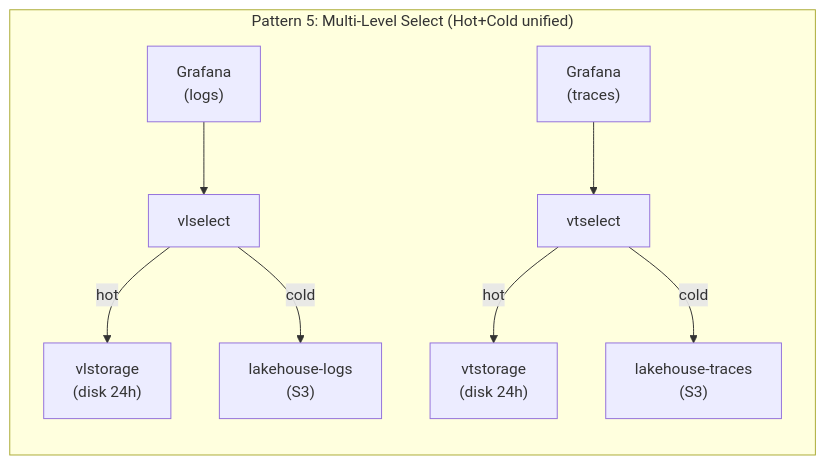
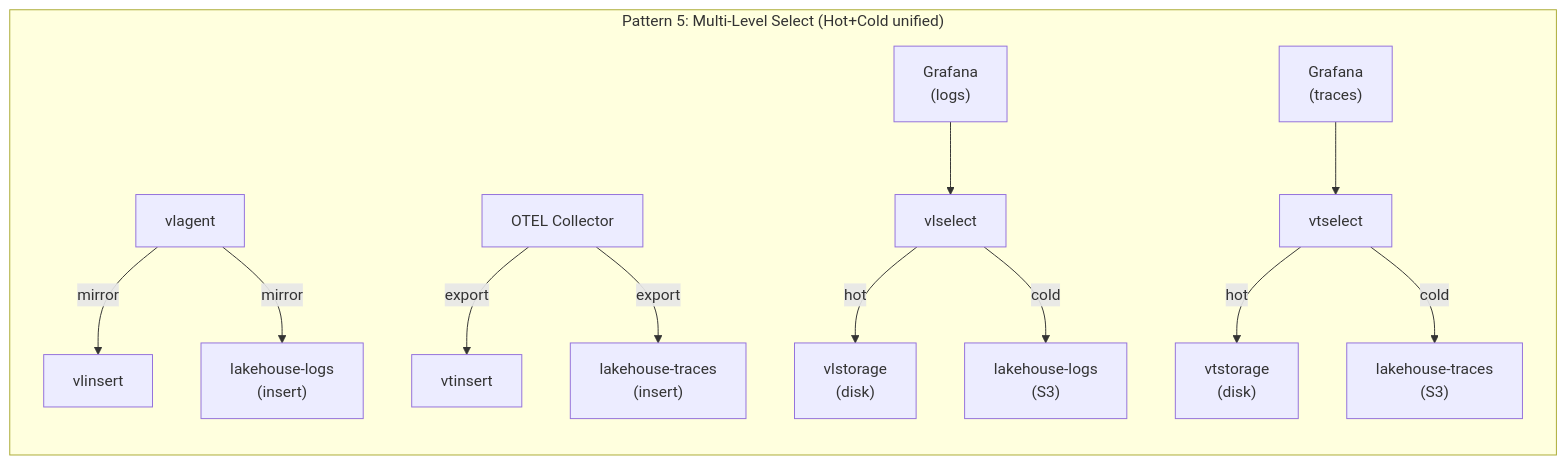
One commit to ReliablyObserve/victoria-lakehouse changed the eighth of 10 diagrams in README.md. Above: the diagram before and after it, drawn with Mermaid. The commit also changed other lines of this file and 5 other files, not shown here.

````diff
--- a/README.md
+++ b/README.md
@@ -266,11 +269,15 @@
 ```mermaid
 graph LR
     subgraph "Pattern 5: Multi-Level Select (Hot+Cold unified)"
+        VA5["vlagent"] -->|mirror| VLI5["vlinsert"]
+        VA5 -->|mirror| LHI5["lakehouse-logs<br/>(insert)"]
+        OC5["OTEL Collector"] -->|export| VTI5["vtinsert"]
+        OC5 -->|export| LTI5["lakehouse-traces<br/>(insert)"]
         G5L["Grafana<br/>(logs)"] --> VLS5["vlselect"]
-        VLS5 -->|hot| VLSTO5["vlstorage<br/>(disk 24h)"]
+        VLS5 -->|hot| VLSTO5["vlstorage<br/>(disk)"]
         VLS5 -->|cold| LHL5["lakehouse-logs<br/>(S3)"]
         G5T["Grafana<br/>(traces)"] --> VTS5["vtselect"]
-        VTS5 -->|hot| VTSTO5["vtstorage<br/>(disk 24h)"]
+        VTS5 -->|hot| VTSTO5["vtstorage<br/>(disk)"]
         VTS5 -->|cold| LHT5["lakehouse-traces<br/>(S3)"]
     end
 ```
````
